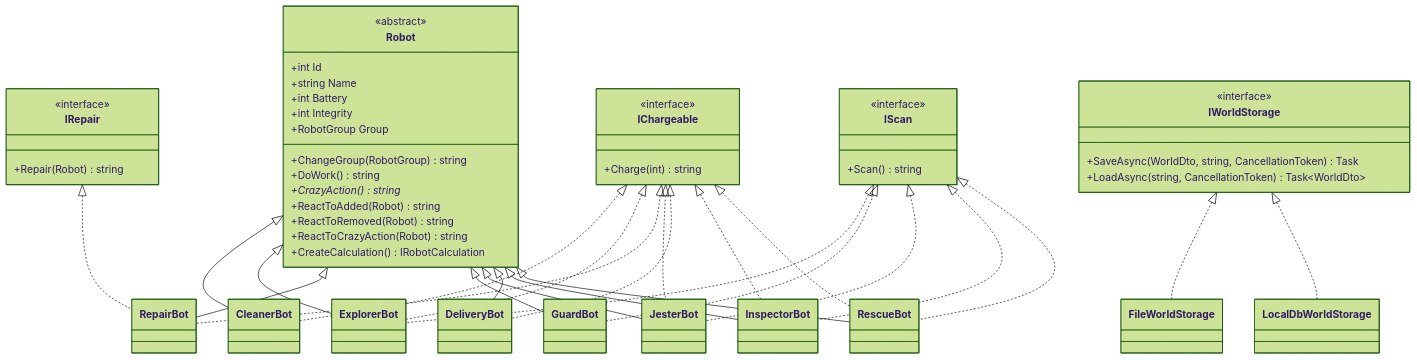
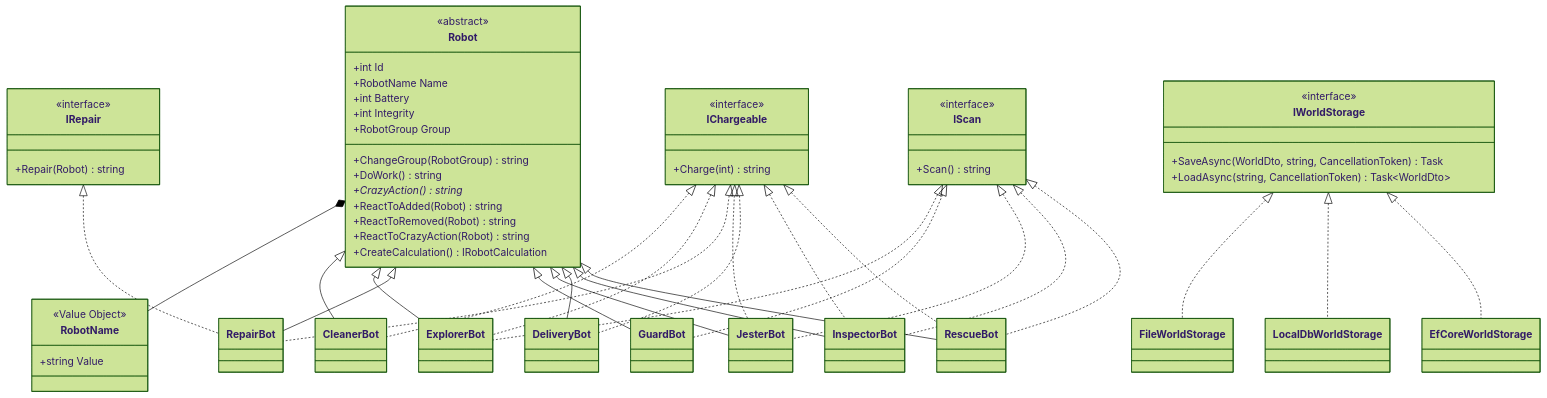
One commit to mkotkov/RobotPlanet changed the first of 4 diagrams in README.md. Above: the diagram before and after it, drawn with Mermaid (forest theme). The commit also changed other lines of this file and 1 other file, not shown here.

````diff
--- a/README.md
+++ b/README.md
@@ -113,61 +121,67 @@
 ```mermaid
 classDiagram
     class Robot {
         <<abstract>>
         +int Id
-        +string Name
+        +RobotName Name
         +int Battery
         +int Integrity
         +RobotGroup Group
         +ChangeGroup(RobotGroup) string
         +DoWork() string
         +CrazyAction() string*
         +ReactToAdded(Robot) string
         +ReactToRemoved(Robot) string
         +ReactToCrazyAction(Robot) string
         +CreateCalculation() IRobotCalculation
+    }
+    class RobotName {
+        <<Value Object>>
+        +string Value
     }
     class IChargeable {
         <<interface>>
         +Charge(int) string
     }
     class IScan {
         <<interface>>
         +Scan() string
     }
     class IRepair {
         <<interface>>
         +Repair(Robot) string
     }
     class IWorldStorage {
         <<interface>>
         +SaveAsync(WorldDto, string, CancellationToken) Task
         +LoadAsync(string, CancellationToken) Task~WorldDto~
     }
 
+    Robot *-- RobotName
     Robot <|-- CleanerBot
     Robot <|-- ExplorerBot
     Robot <|-- RepairBot
     Robot <|-- GuardBot
     Robot <|-- JesterBot
     Robot <|-- DeliveryBot
     Robot <|-- InspectorBot
     Robot <|-- RescueBot
 
     IChargeable <|.. CleanerBot
     IChargeable <|.. ExplorerBot
     IScan <|.. ExplorerBot
     IChargeable <|.. RepairBot
     IRepair <|.. RepairBot
     IScan <|.. GuardBot
     IScan <|.. JesterBot
     IChargeable <|.. JesterBot
     IChargeable <|.. DeliveryBot
     IChargeable <|.. InspectorBot
     IScan <|.. InspectorBot
     IChargeable <|.. RescueBot
     IScan <|.. RescueBot
 
     IWorldStorage <|.. FileWorldStorage
     IWorldStorage <|.. LocalDbWorldStorage
+    IWorldStorage <|.. EfCoreWorldStorage
 ```
````
